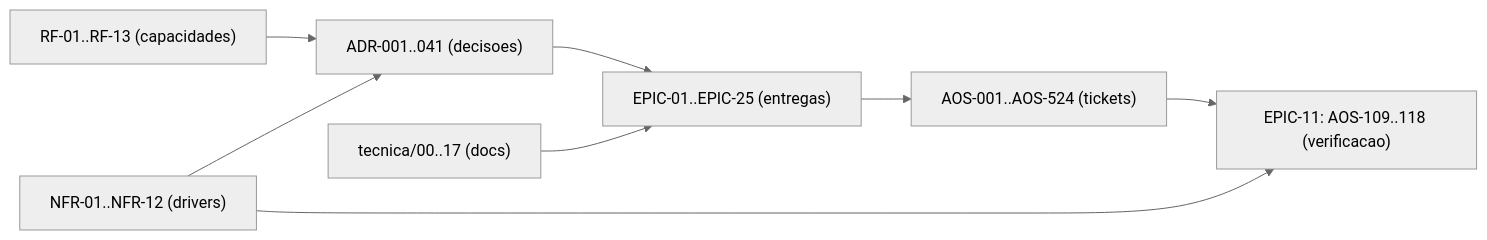
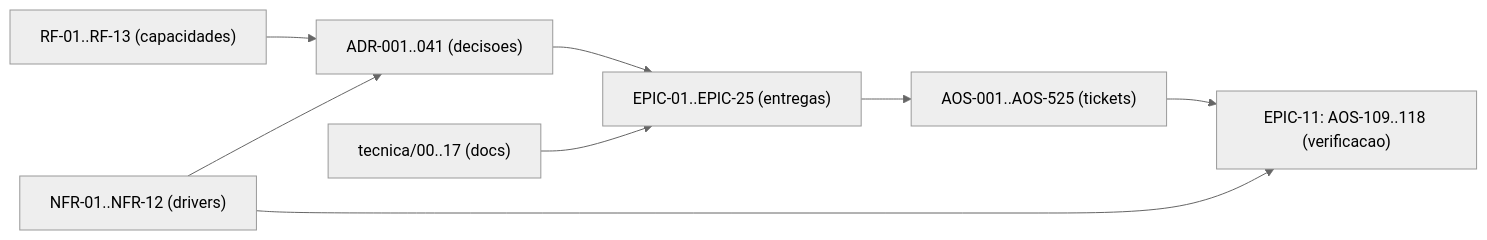
One commit to albinoJimy/aos changed the diagram in tecnica/16_Rastreabilidade_RTM.md. Above: the diagram before and after it, drawn with Mermaid (neutral theme). The commit also changed other lines of this file and 2 other files, not shown here.

First line of the commit message:
docs(AOS-525): abre o ticket da bateria que separa modelos (fase A4)

````diff
--- a/tecnica/16_Rastreabilidade_RTM.md
+++ b/tecnica/16_Rastreabilidade_RTM.md
@@ -209,10 +209,10 @@
 ```mermaid
 flowchart LR
     RF["RF-01..RF-13 (capacidades)"] --> ADR["ADR-001..041 (decisoes)"]
     NFR["NFR-01..NFR-12 (drivers)"] --> ADR
     ADR --> EPIC["EPIC-01..EPIC-25 (entregas)"]
-    EPIC --> TICK["AOS-001..AOS-524 (tickets)"]
+    EPIC --> TICK["AOS-001..AOS-525 (tickets)"]
     DOC["tecnica/00..17 (docs)"] --> EPIC
     TICK --> TEST["EPIC-11: AOS-109..118 (verificacao)"]
     NFR --> TEST
 ```
````
